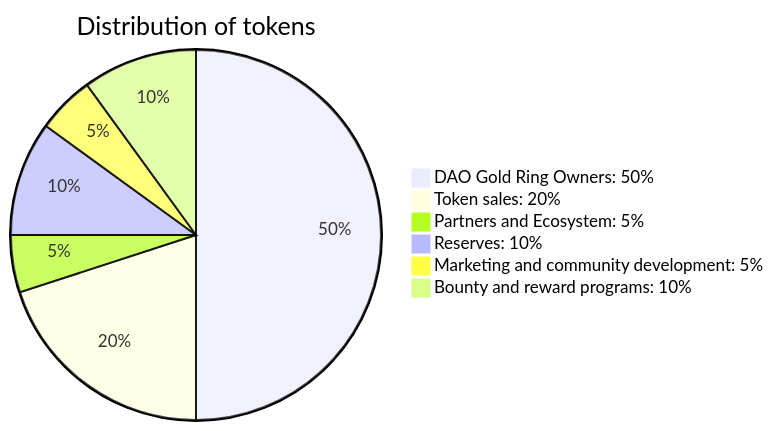
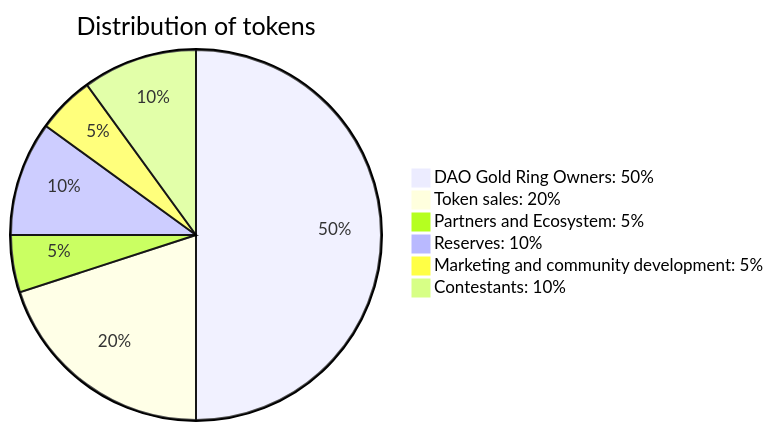
The diagram in react-site/docs/intro.md (DAO-999-NFT/faraway-kingdom), drawn with Mermaid before and after one commit. The commit also changed other lines of this file and 1 other file, not shown here.

````diff
--- a/react-site/docs/intro.md
+++ b/react-site/docs/intro.md
@@ -224,11 +226,11 @@
 ```mermaid
 pie
      title Distribution of tokens
      "DAO Gold Ring Owners: 50%" : 499.5
      "Token sales: 20%" : 199.8
      "Partners and Ecosystem: 5%" : 49.95
      "Reserves: 10%" : 99.9
      "Marketing and community development: 5%" : 49.95
-     "Bounty and reward programs: 10%" : 99.9
+    "Contestants: 10%" : 99.9
 
 ```
````
